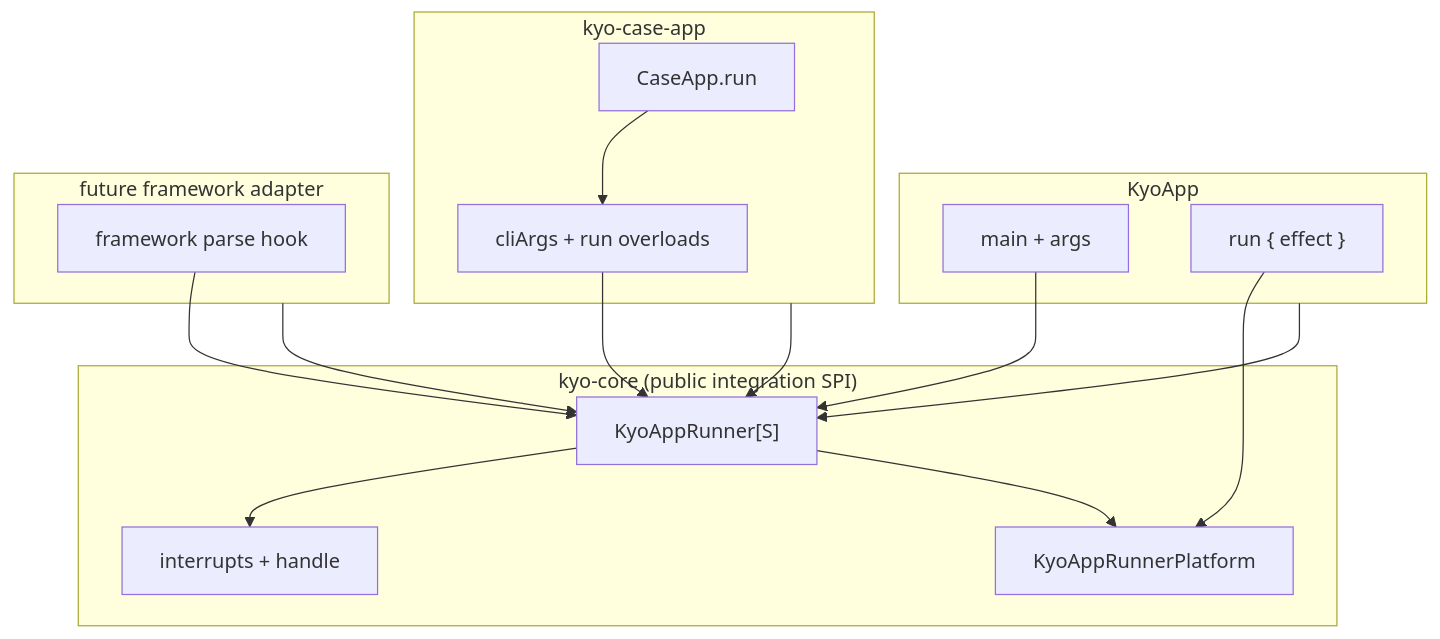
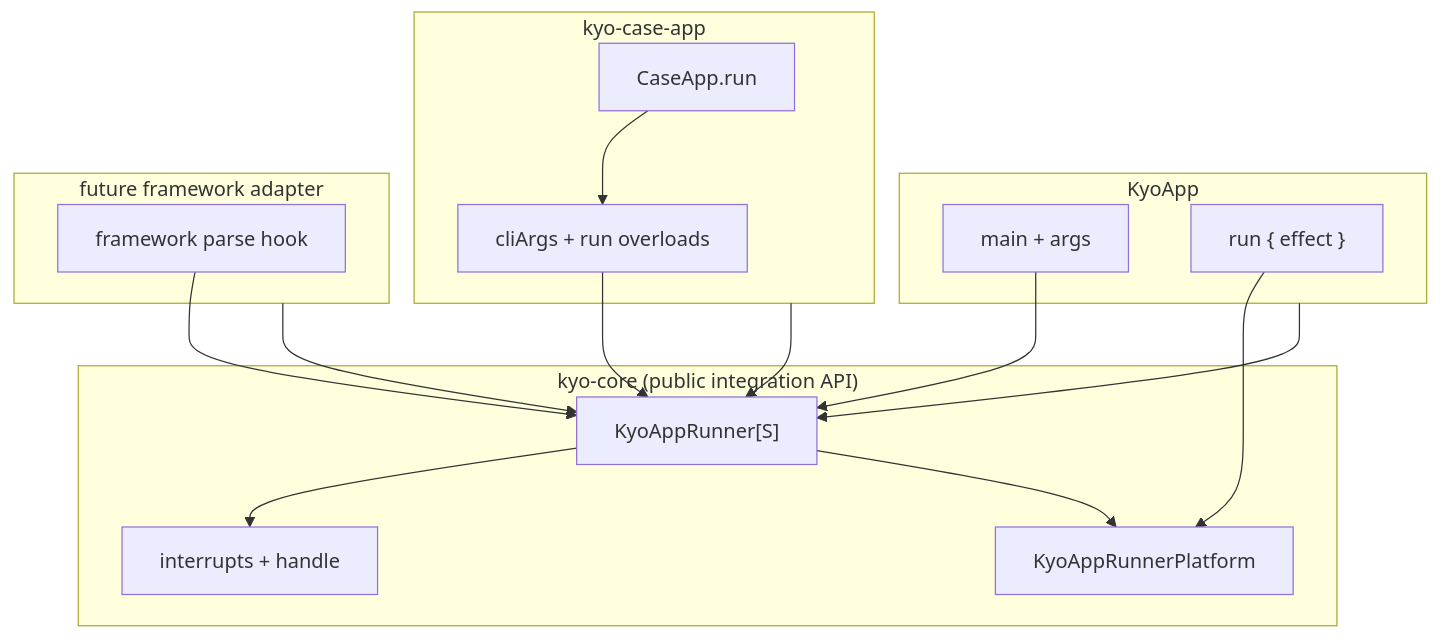
Before and after one commit to getkyo/kyo: the diagram in kyo-case-app/docs/adr/0001-kyo-app-runner-integration-entrypoints.md, drawn with Mermaid. The commit also changed other lines of this file, not shown here.

First line of the commit message:
docs(adr): use integration API wording, not SPI

````diff
--- a/kyo-case-app/docs/adr/0001-kyo-app-runner-integration-entrypoints.md
+++ b/kyo-case-app/docs/adr/0001-kyo-app-runner-integration-entrypoints.md
@@ -269,32 +276,32 @@
 ```mermaid
 flowchart TB
-  subgraph core ["kyo-core (public integration SPI)"]
+  subgraph core ["kyo-core (public integration API)"]
     R["KyoAppRunner[S]"]
     P["KyoAppRunnerPlatform"]
     I["interrupts + handle"]
     R --> I
     R --> P
   end
 
   subgraph kyoapp ["KyoApp"]
     M1["main + args"]
     R1["run { effect }"]
   end
 
   subgraph caseapp ["kyo-case-app"]
     M2["CaseApp.run"]
     C["cliArgs + run overloads"]
   end
 
   subgraph future ["future framework adapter"]
     M3["framework parse hook"]
   end
 
   kyoapp --> R
   caseapp --> R
   future --> R
   M1 --> R
   M2 --> C --> R
   M3 --> R
   R1 --> P
 ```
````
